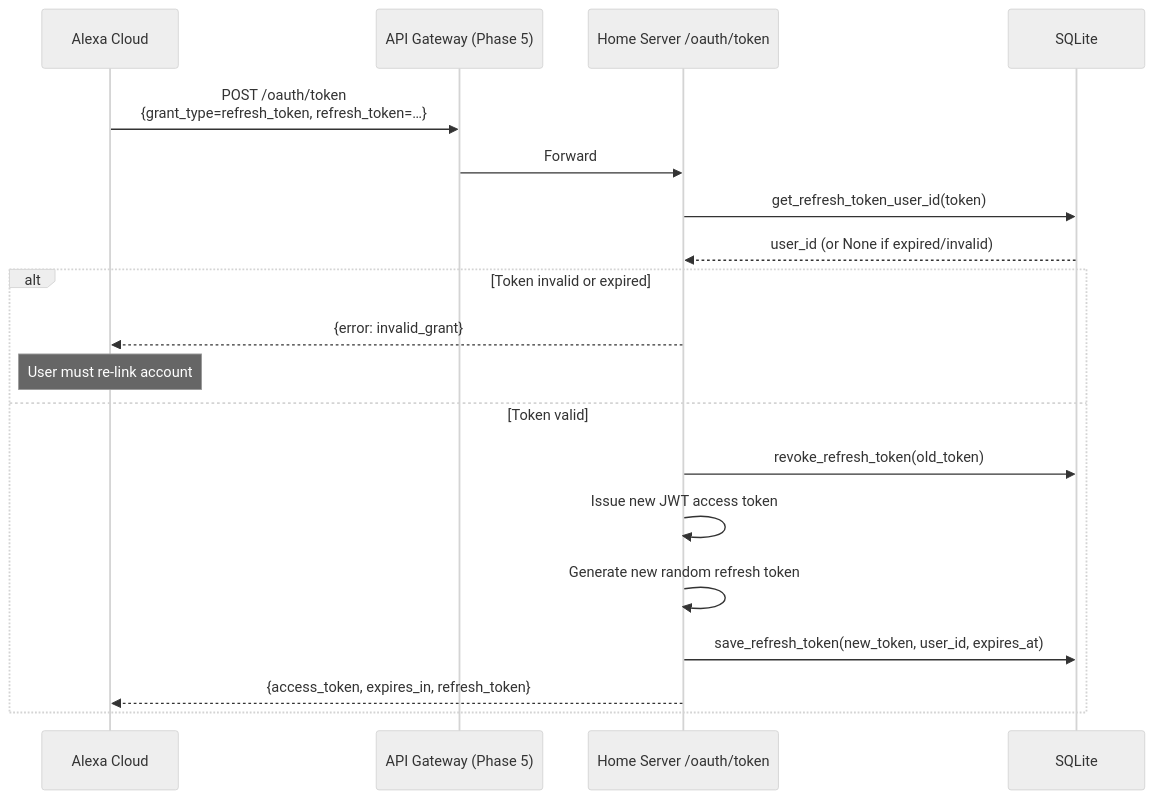
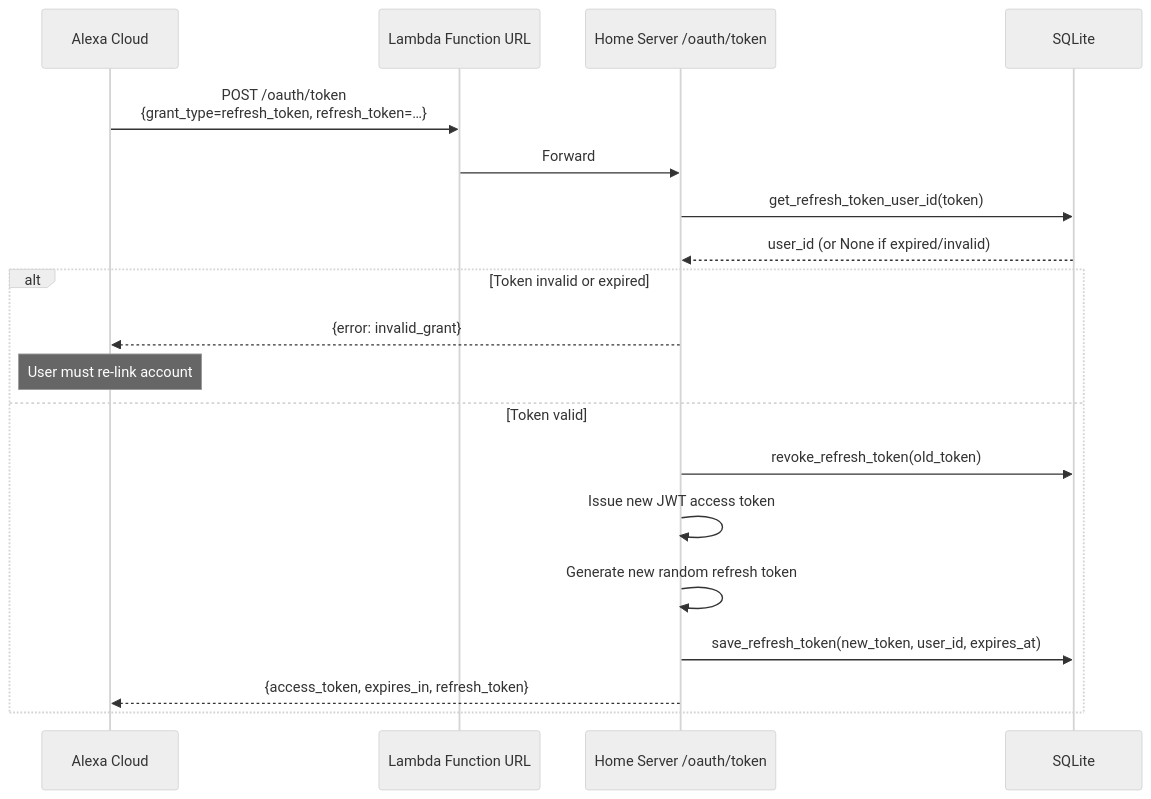
One commit to jenreh/pantau-alexa changed the third of 3 diagrams in docs/architecture/message-flows.md. Above: the diagram before and after it, drawn with Mermaid (neutral theme). The commit also changed other lines of this file and 13 other files, not shown here.

First line of the commit message:
refactor(terraform): replace OAuth API Gateway with Lambda Function URL

````diff
--- a/docs/architecture/message-flows.md
+++ b/docs/architecture/message-flows.md
@@ -166,23 +166,23 @@
 ```mermaid
 sequenceDiagram
     participant Alexa as Alexa Cloud
-    participant APIGW as API Gateway (Phase 5)
+    participant APIGW as Lambda Function URL
     participant HS as Home Server /oauth/token
     participant DB as SQLite
 
     Alexa->>APIGW: POST /oauth/token<br/>{grant_type=refresh_token, refresh_token=…}
     APIGW->>HS: Forward
     HS->>DB: get_refresh_token_user_id(token)
     DB-->>HS: user_id (or None if expired/invalid)
 
     alt Token invalid or expired
         HS-->>Alexa: {error: invalid_grant}
         Note over Alexa: User must re-link account
     else Token valid
         HS->>DB: revoke_refresh_token(old_token)
         HS->>HS: Issue new JWT access token
         HS->>HS: Generate new random refresh token
         HS->>DB: save_refresh_token(new_token, user_id, expires_at)
         HS-->>Alexa: {access_token, expires_in, refresh_token}
     end
 ```
````
